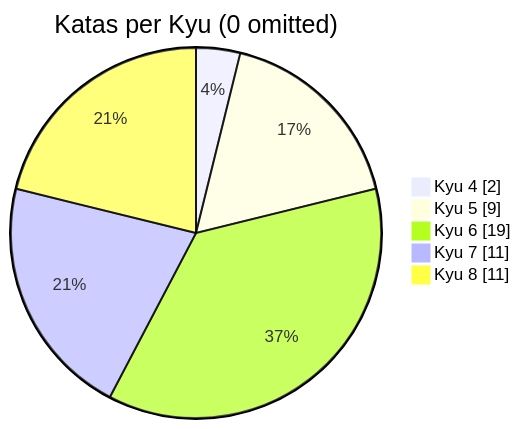
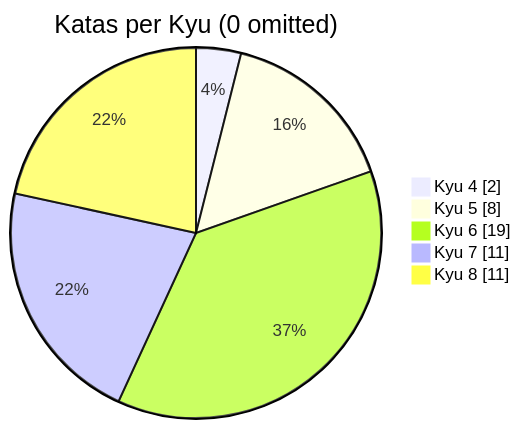
Before and after one commit to MauricioLudwig/codewars-typescript: the diagram in README.md, drawn with Mermaid. The commit also changed other lines of this file, not shown here.

````diff
--- a/README.md
+++ b/README.md
@@ -19,9 +19,9 @@
 ```mermaid
 pie showData
     title Katas per Kyu (0 omitted)
 	"Kyu 4": 2
-	"Kyu 5": 9
+	"Kyu 5": 8
 	"Kyu 6": 19
 	"Kyu 7": 11
 	"Kyu 8": 11
 ```
````
